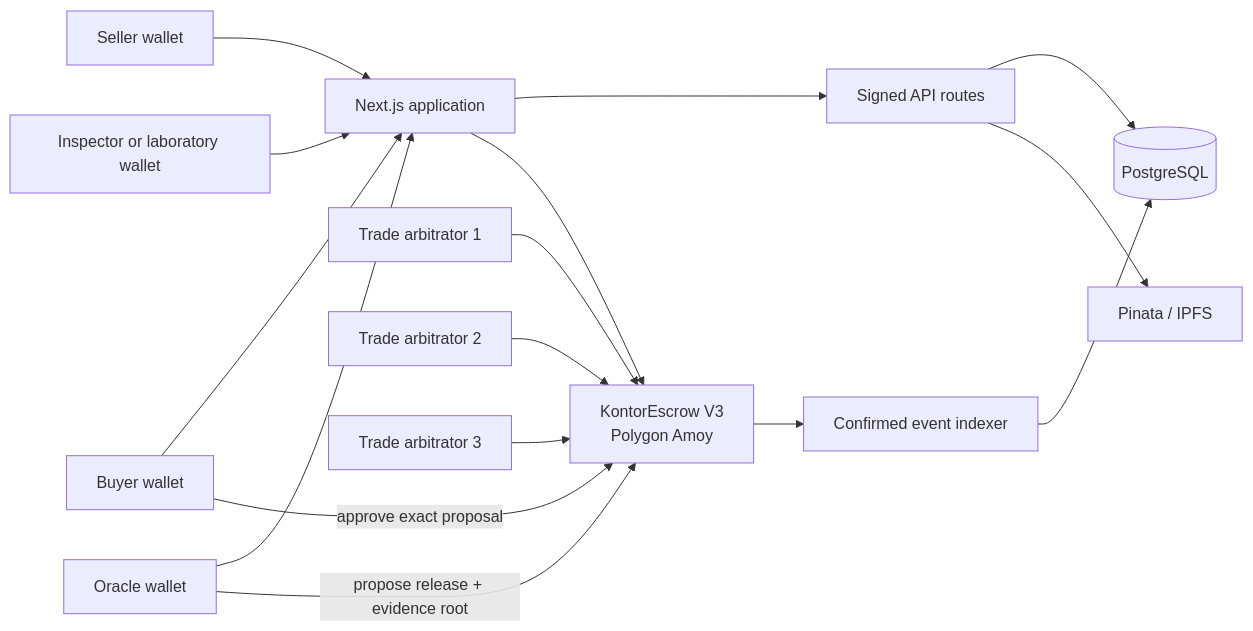
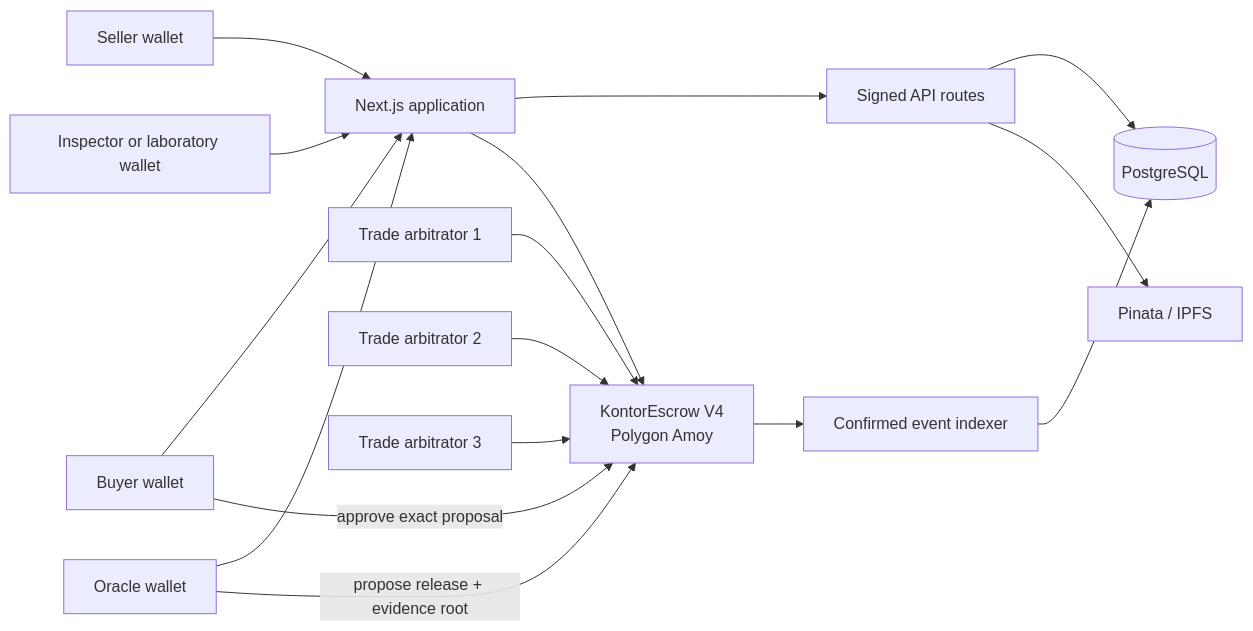
The diagram in README.md (roxsonltd-droid/kontor21), drawn with Mermaid before and after one commit. The commit also changed other lines of this file, not shown here.

````diff
--- a/README.md
+++ b/README.md
@@ -14,18 +14,18 @@
 ```mermaid
 flowchart LR
     B[Buyer wallet] --> UI[Next.js application]
     S[Seller wallet] --> UI
     P[Inspector or laboratory wallet] --> UI
     O[Oracle wallet] --> UI
     UI --> API[Signed API routes]
     API --> DB[(PostgreSQL)]
     API --> IPFS[Pinata / IPFS]
     SC --> IDX[Confirmed event indexer]
     IDX --> DB
-    UI --> SC[KontorEscrow V3<br/>Polygon Amoy]
+    UI --> SC[KontorEscrow V4<br/>Polygon Amoy]
     A1[Trade arbitrator 1] --> SC
     A2[Trade arbitrator 2] --> SC
     A3[Trade arbitrator 3] --> SC
     O -->|propose release + evidence root| SC
     B -->|approve exact proposal| SC
 ```
````
